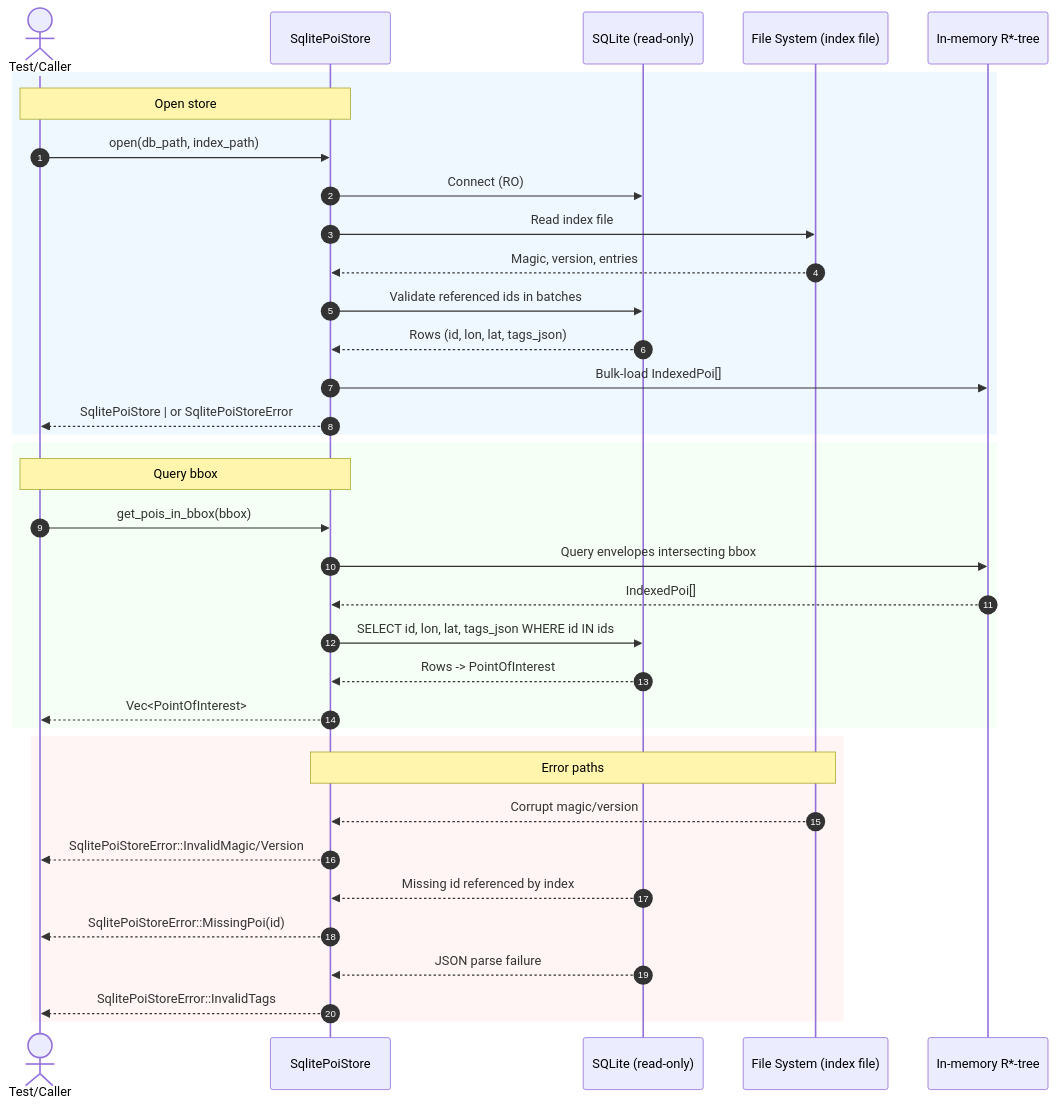
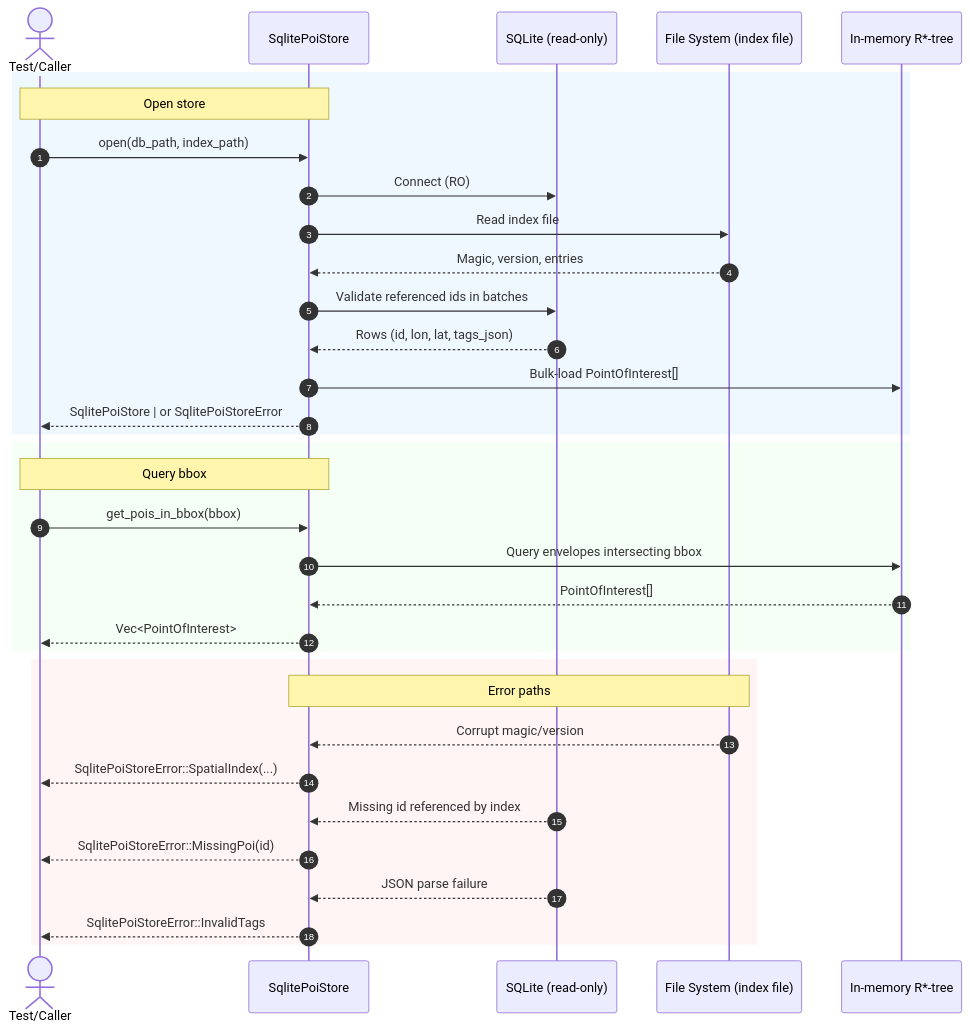
One commit to leynos/wildside-engine changed the second of 2 diagrams in docs/wildside-engine-design.md. Above: the diagram before and after it, drawn with Mermaid. The commit also changed other lines of this file and 2 other files, not shown here.

First line of the commit message:
Refactor spatial index storage

````diff
--- a/docs/wildside-engine-design.md
+++ b/docs/wildside-engine-design.md
@@ -158,41 +158,39 @@
 ```mermaid
 sequenceDiagram
   autonumber
   actor Test as Test/Caller
   participant Store as SqlitePoiStore
   participant SQLite as SQLite (read-only)
   participant FS as File System (index file)
   participant RTree as In-memory R*-tree
 
   rect rgb(240,248,255)
     note over Test,Store: Open store
     Test->>Store: open(db_path, index_path)
     Store->>SQLite: Connect (RO)
     Store->>FS: Read index file
     FS-->>Store: Magic, version, entries
     Store->>SQLite: Validate referenced ids in batches
     SQLite-->>Store: Rows (id, lon, lat, tags_json)
-    Store->>RTree: Bulk-load IndexedPoi[]
+    Store->>RTree: Bulk-load PointOfInterest[]
     Store-->>Test: SqlitePoiStore | or SqlitePoiStoreError
   end
 
   rect rgb(245,255,245)
     note over Test,Store: Query bbox
     Test->>Store: get_pois_in_bbox(bbox)
     Store->>RTree: Query envelopes intersecting bbox
-    RTree-->>Store: IndexedPoi[]
-    Store->>SQLite: SELECT id, lon, lat, tags_json WHERE id IN ids
-    SQLite-->>Store: Rows -> PointOfInterest
+    RTree-->>Store: PointOfInterest[]
     Store-->>Test: Vec<PointOfInterest>
   end
 
   rect rgb(255,245,245)
     note over Store,FS: Error paths
     FS-->>Store: Corrupt magic/version
-    Store-->>Test: SqlitePoiStoreError::InvalidMagic/Version
+    Store-->>Test: SqlitePoiStoreError::SpatialIndex(...)
     SQLite-->>Store: Missing id referenced by index
     Store-->>Test: SqlitePoiStoreError::MissingPoi(id)
     SQLite-->>Store: JSON parse failure
     Store-->>Test: SqlitePoiStoreError::InvalidTags
   end
 ```
````
